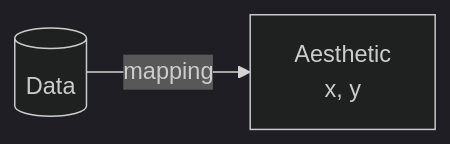
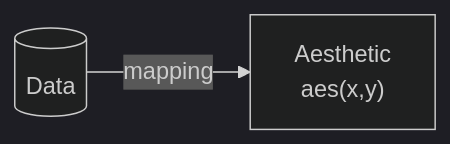
One commit to datakruroo/datakruroo.github.io changed the second of 4 diagrams in DataVisualization/week02/basic_ggplot2.qmd. Above: the diagram before and after it, drawn with Mermaid (dark theme). The commit also changed other lines of this file and 3 other files, not shown here.

````diff
--- a/DataVisualization/week02/basic_ggplot2.qmd
+++ b/DataVisualization/week02/basic_ggplot2.qmd
@@ -286,6 +286,6 @@
 ```{mermaid}
 %%| echo: false
 
 graph LR
-A[(Data)] --mapping--> B[Aesthetic \n x, y]
+A[(Data)] --mapping--> B["Aesthetic \n aes(x,y)"]
 ```
````
